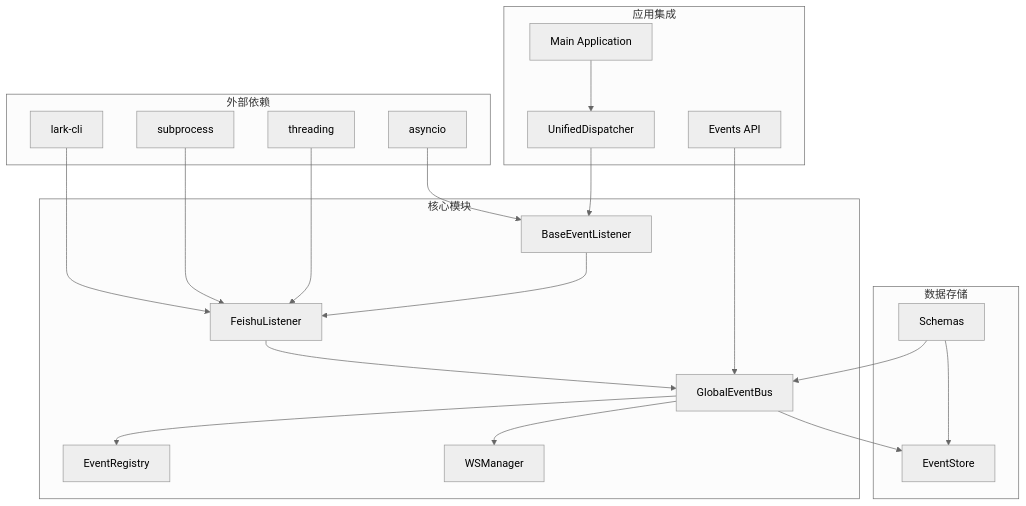
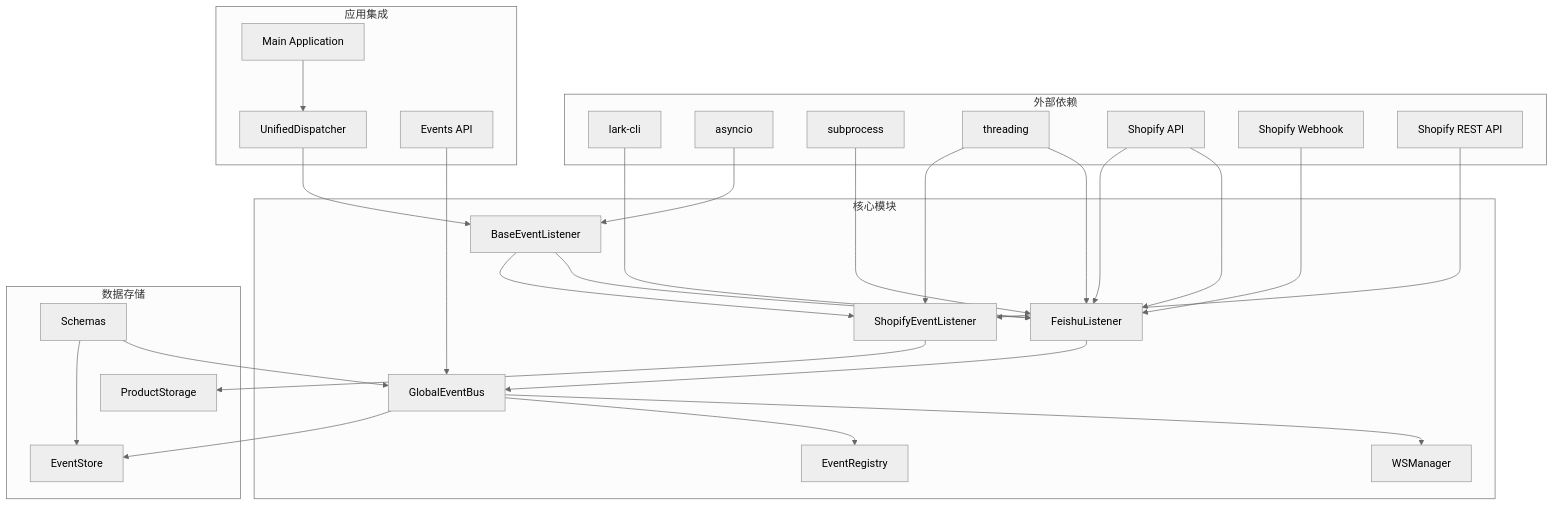
One commit to angledick/- changed diagram 11 of 11 in .qoder/repowiki/zh/content/系统架构/事件驱动系统/事件监听器架构.md. Above: the diagram before and after it, drawn with Mermaid (neutral theme). The commit also changed other lines of this file and 313 other files, not shown here.

First line of the commit message:
feat: frontend migration + backend API fixes + risk intel feishu alert integration

````diff
--- a/.qoder/repowiki/zh/content/系统架构/事件驱动系统/事件监听器架构.md
+++ b/.qoder/repowiki/zh/content/系统架构/事件驱动系统/事件监听器架构.md
@@ -319,39 +419,52 @@
 ```mermaid
 graph TB
 subgraph "外部依赖"
 LARK[lark-cli]
 ASYNCIO[asyncio]
 SUBPROCESS[subprocess]
 THREADING[threading]
+SHOPAPI[Shopify Admin API]
+ENDPOINT[Shopify Webhook]
+ENDPOINT2[Shopify REST API]
 end
 subgraph "核心模块"
 BASE[BaseEventListener]
 FEISHU[FeishuListener]
+SHOPIFY[ShopifyEventListener]
 BUS[GlobalEventBus]
 REGISTRY[EventRegistry]
 WS[WSManager]
 end
 subgraph "应用集成"
 DISPATCHER[UnifiedDispatcher]
 MAIN[Main Application]
 API[Events API]
+SHOPAPI[Shopify API]
 end
 subgraph "数据存储"
 STORE[EventStore]
 SCHEMAS[Schemas]
+PRODUCTSTORE[ProductStorage]
 end
 LARK --> FEISHU
+SHOPAPI --> FEISHU
+ENDPOINT --> FEISHU
+ENDPOINT2 --> SHOPIFY
 ASYNCIO --> BASE
 SUBPROCESS --> FEISHU
 THREADING --> FEISHU
+THREADING --> SHOPIFY
 BASE --> FEISHU
+BASE --> SHOPIFY
 FEISHU --> BUS
+SHOPIFY --> PRODUCTSTORE
 BUS --> WS
 BUS --> REGISTRY
 BUS --> STORE
 DISPATCHER --> BASE
 MAIN --> DISPATCHER
 API --> BUS
+SHOPAPI --> FEISHU
 SCHEMAS --> BUS
 SCHEMAS --> STORE
 ```
````
